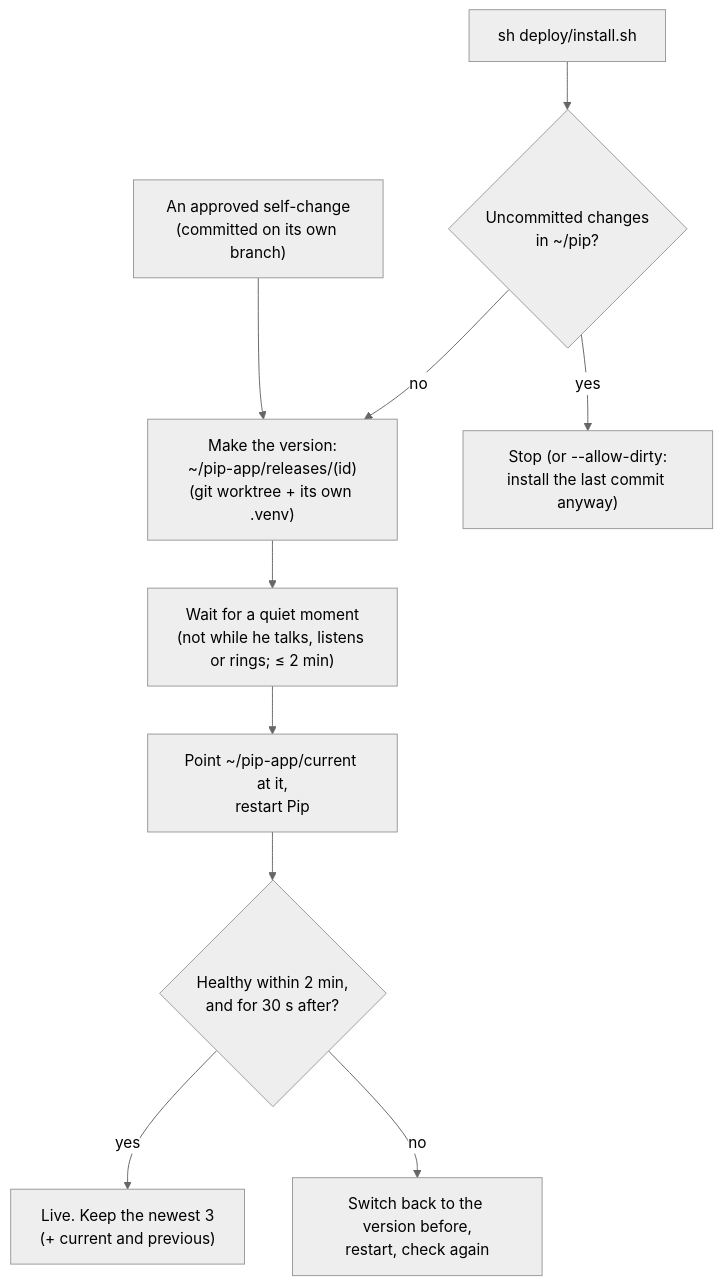
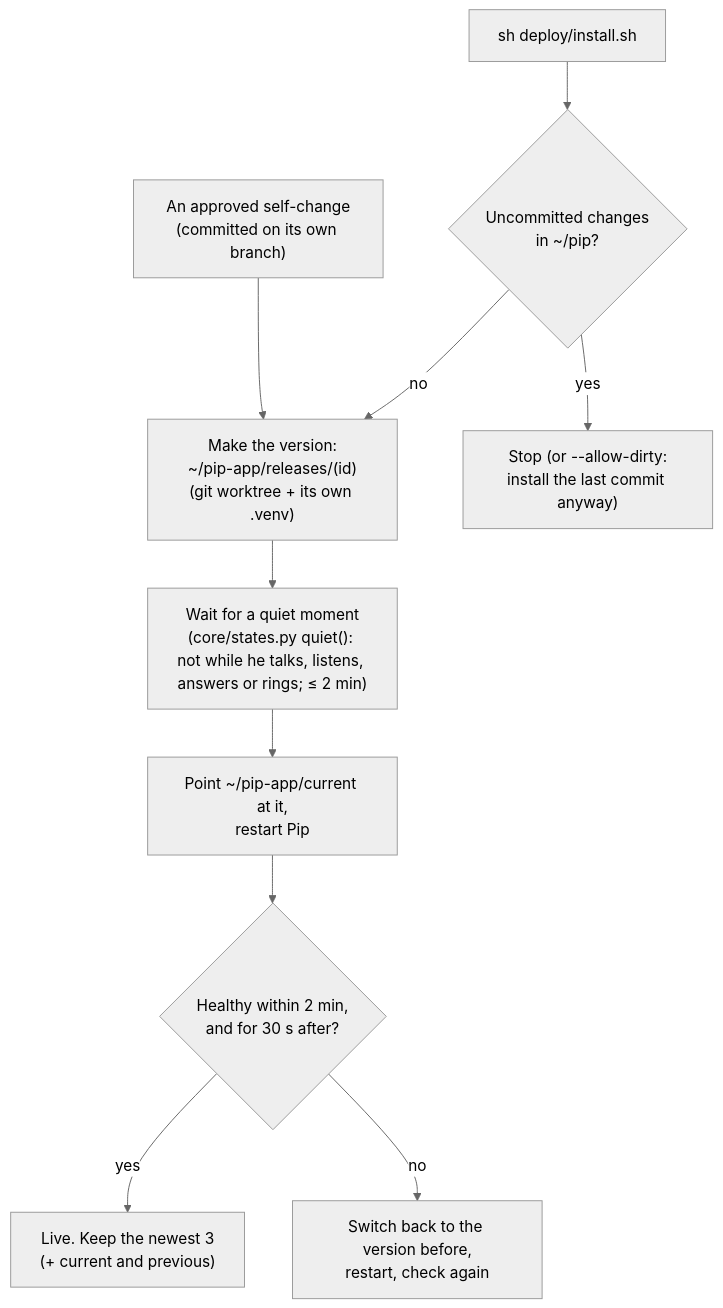
One commit to LandenHeine17/pip changed the fifth of 5 diagrams in docs/ARCHITECTURE.md. Above: the diagram before and after it, drawn with Mermaid (neutral theme). The commit also changed 14 other files, not shown here.

First line of the commit message:
Offline calendar follows the calendar's privacy rule; one quiet-moment rule; kiosk runs from the installed version

````diff
--- a/docs/ARCHITECTURE.md
+++ b/docs/ARCHITECTURE.md
@@ -251,12 +251,12 @@
 ```mermaid
 flowchart TD
     A["sh deploy/install.sh"] --> B{"Uncommitted changes<br/>in ~/pip?"}
     S["An approved self-change<br/>(committed on its own branch)"] --> C
     B -- "yes" --> X["Stop (or --allow-dirty:<br/>install the last commit anyway)"]
     B -- "no" --> C["Make the version:<br/>~/pip-app/releases/(id)<br/>(git worktree + its own .venv)"]
-    C --> D["Wait for a quiet moment<br/>(not while he talks, listens or rings; ≤ 2 min)"]
+    C --> D["Wait for a quiet moment<br/>(core/states.py quiet(): not while he talks, listens, answers or rings; ≤ 2 min)"]
     D --> E["Point ~/pip-app/current at it,<br/>restart Pip"]
     E --> F{"Healthy within 2 min,<br/>and for 30 s after?"}
     F -- "yes" --> G["Live. Keep the newest 3<br/>(+ current and previous)"]
     F -- "no" --> H["Switch back to the version before,<br/>restart, check again"]
 ```
````
